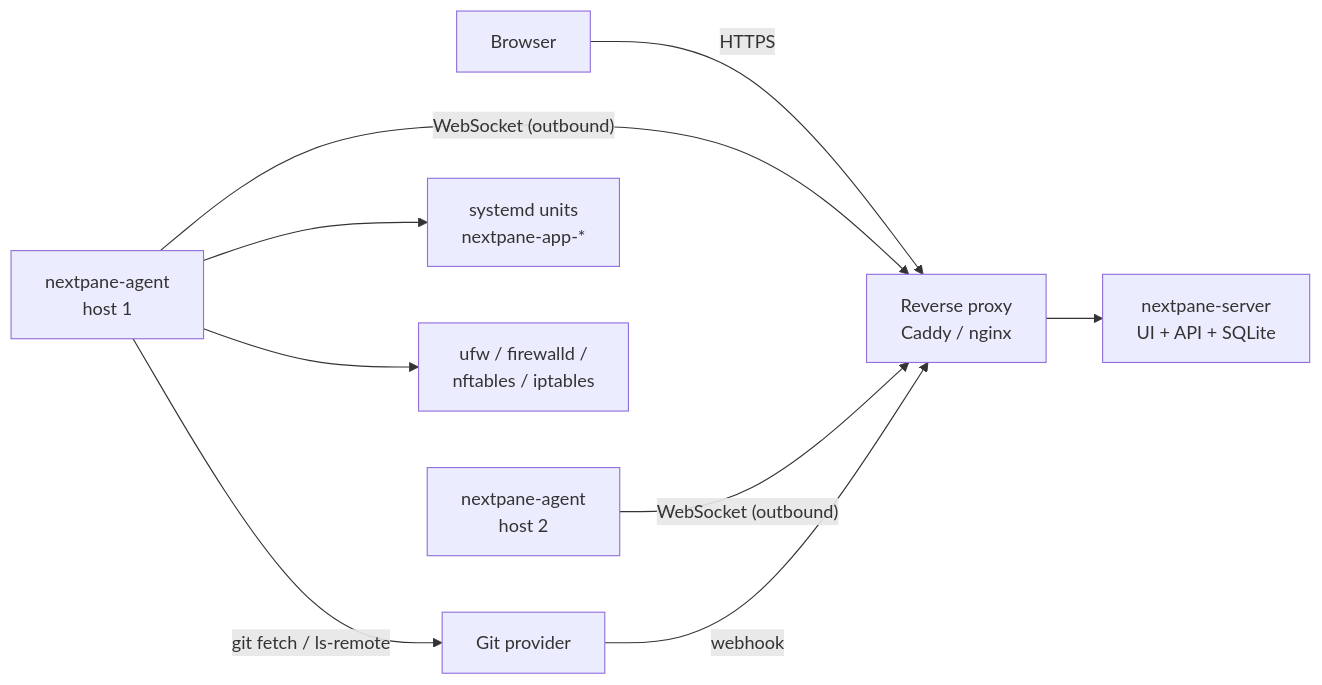
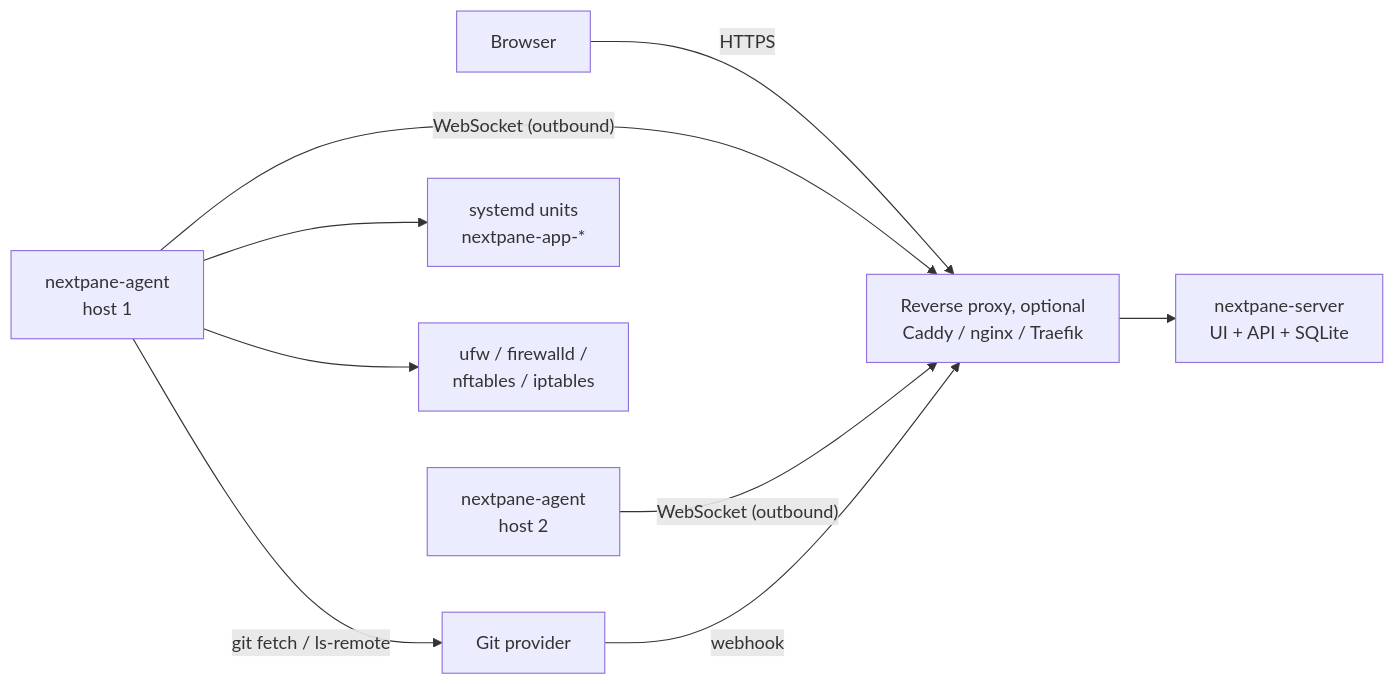
Before and after one commit to midnights-ra1n/NextPane: the diagram in README.md, drawn with Mermaid. The commit also changed other lines of this file and 22 other files, not shown here.

First line of the commit message:
Built-in HTTPS so agents and browsers can reach the panel by IP without a reverse proxy

````diff
--- a/README.md
+++ b/README.md
@@ -40,11 +40,11 @@
 ```mermaid
 flowchart LR
-  B[Browser] -- HTTPS --> P[Reverse proxy<br/>Caddy / nginx]
+  B[Browser] -- HTTPS --> P[Reverse proxy, optional<br/>Caddy / nginx / Traefik]
   P --> S[nextpane-server<br/>UI + API + SQLite]
   A1[nextpane-agent<br/>host 1] -- "WebSocket (outbound)" --> P
   A2[nextpane-agent<br/>host 2] -- "WebSocket (outbound)" --> P
   A1 --> U1[systemd units<br/>nextpane-app-*]
   A1 --> F1[ufw / firewalld /<br/>nftables / iptables]
   G[Git provider] -- webhook --> P
   A1 -- "git fetch / ls-remote" --> G
 ```
````
